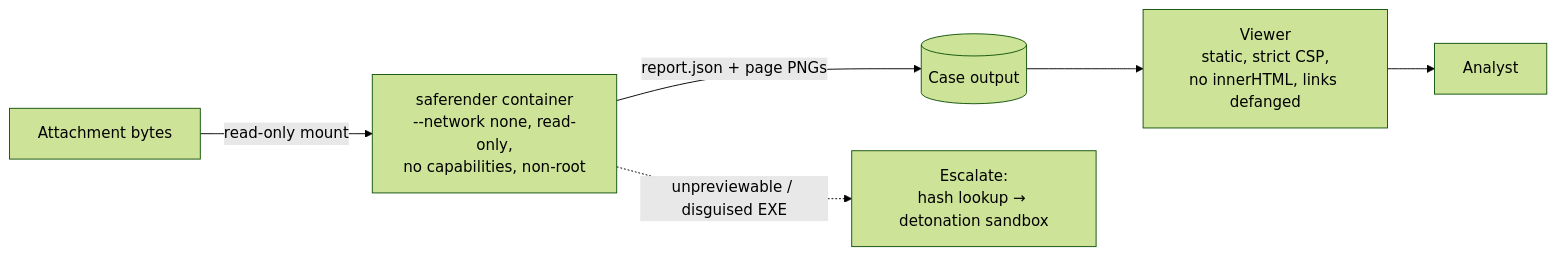
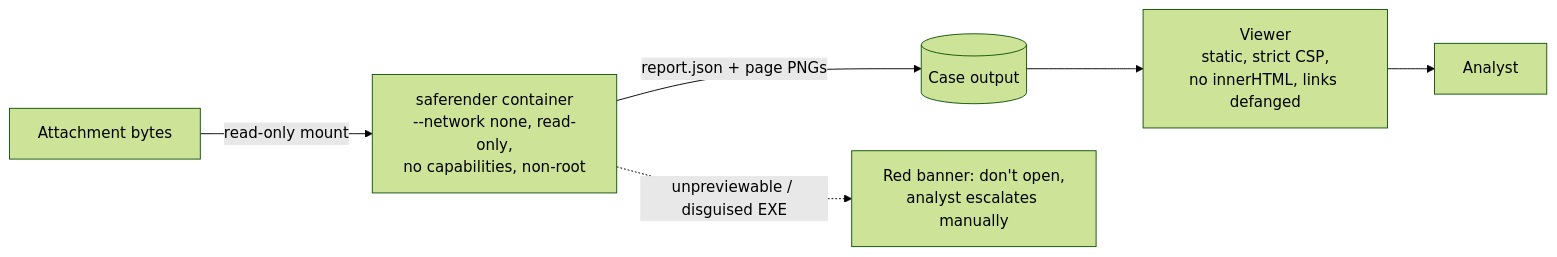
Before and after one commit to pkure/Safe-Attachment-Previewer: the diagram in README.md, drawn with Mermaid (forest theme). The commit also changed other lines of this file and 4 other files, not shown here.

Commit message:
Viewer: drop sandbox button; unpreviewable files get a manual-escalation banner

````diff
--- a/README.md
+++ b/README.md
@@ -36,8 +36,8 @@
 ```mermaid
 flowchart LR
   A[Attachment bytes] -->|read-only mount| C["saferender container<br/>--network none, read-only,<br/>no capabilities, non-root"]
   C -->|report.json + page PNGs| O[(Case output)]
   O --> V["Viewer<br/>static, strict CSP,<br/>no innerHTML, links defanged"]
   V --> Analyst
-  C -. "unpreviewable / disguised EXE" .-> E["Escalate:<br/>hash lookup → detonation sandbox"]
+  C -. "unpreviewable / disguised EXE" .-> E["Red banner: don't open,<br/>analyst escalates manually"]
 ```
````
